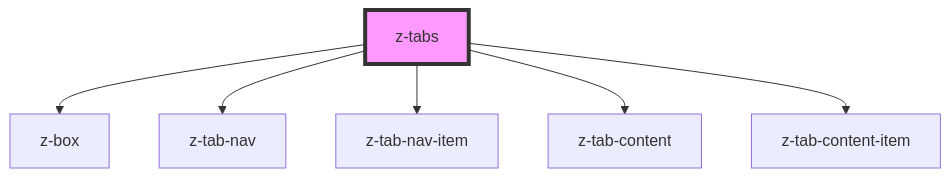
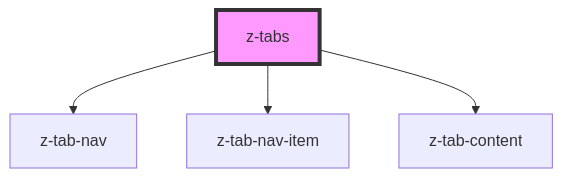
One commit to Audiotuete/zero changed the diagram in packages/stencil-zero/src/components/z-tabs/readme.md. Above: the diagram before and after it, drawn with Mermaid. The commit also changed other lines of this file and 5 other files, not shown here.

````diff
--- a/packages/stencil-zero/src/components/z-tabs/readme.md
+++ b/packages/stencil-zero/src/components/z-tabs/readme.md
@@ -34,9 +31,7 @@
 ```mermaid
 graph TD;
-  z-tabs --> z-box
   z-tabs --> z-tab-nav
   z-tabs --> z-tab-nav-item
   z-tabs --> z-tab-content
-  z-tabs --> z-tab-content-item
   style z-tabs fill:#f9f,stroke:#333,stroke-width:4px
 ```
````
